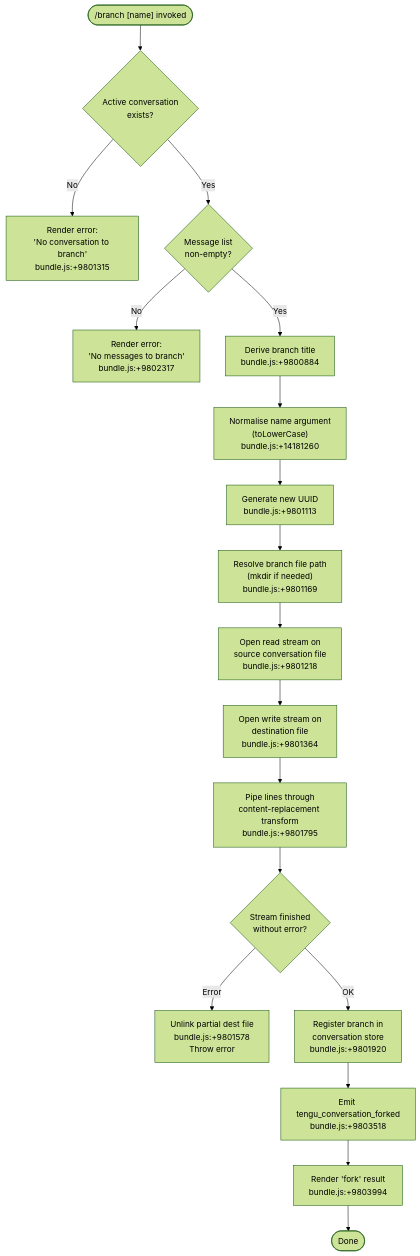
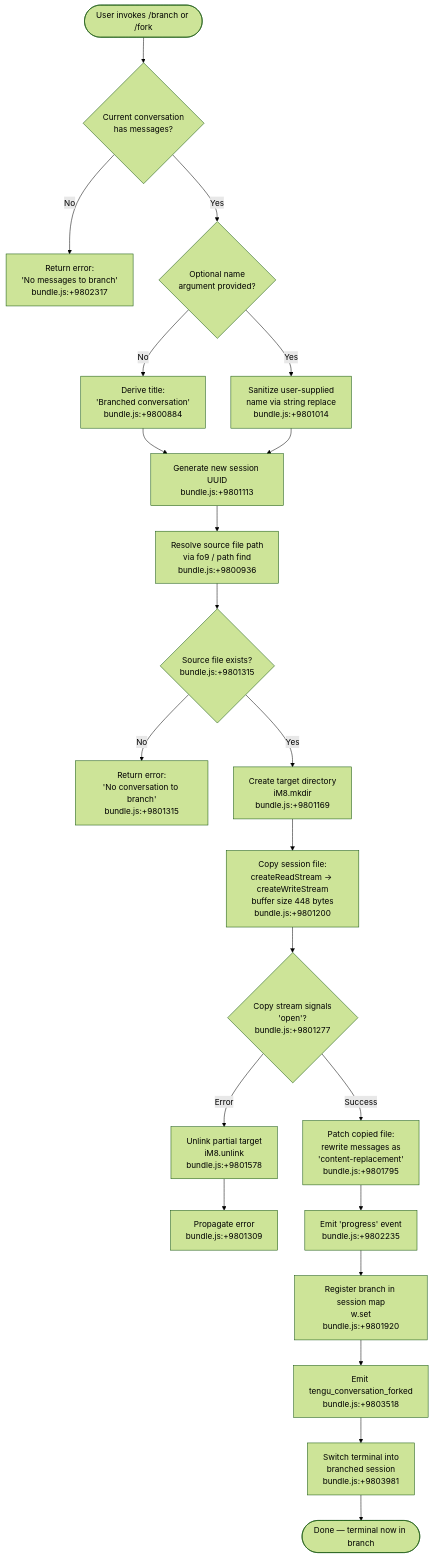
One commit to MyLittleLuckyDog/cc-gnothi changed the diagram in versions/v2.1.133/branch.md. Above: the diagram before and after it, drawn with Mermaid (forest theme). The commit also changed other lines of this file and 95 other files, not shown here.

````diff
--- a/versions/v2.1.133/branch.md
+++ b/versions/v2.1.133/branch.md
@@ -45,20 +56,24 @@
 ```mermaid
 flowchart TD
-    A(["/branch [name] invoked"]) --> B{Active conversation\nexists?}
-    B -- No --> C["Render error:\n'No conversation to branch'\nbundle.js:+9801315"]
-    B -- Yes --> D{Message list\nnon-empty?}
-    D -- No --> E["Render error:\n'No messages to branch'\nbundle.js:+9802317"]
-    D -- Yes --> F["Derive branch title\nbundle.js:+9800884"]
-    F --> G["Normalise name argument\n(toLowerCase)\nbundle.js:+14181260"]
-    G --> H["Generate new UUID\nbundle.js:+9801113"]
-    H --> I["Resolve branch file path\n(mkdir if needed)\nbundle.js:+9801169"]
-    I --> J["Open read stream on\nsource conversation file\nbundle.js:+9801218"]
-    J --> K["Open write stream on\ndestination file\nbundle.js:+9801364"]
-    K --> L["Pipe lines through\ncontent-replacement transform\nbundle.js:+9801795"]
-    L --> M{Stream finished\nwithout error?}
-    M -- Error --> N["Unlink partial dest file\nbundle.js:+9801578\nThrow error"]
-    M -- OK --> O["Register branch in\nconversation store\nbundle.js:+9801920"]
-    O --> P["Emit tengu_conversation_forked\nbundle.js:+9803518"]
-    P --> Q["Render 'fork' result\nbundle.js:+9803994"]
-    Q --> R([Done])
+    A([User invokes /branch or /fork]) --> B{Current conversation\nhas messages?}
+    B -- No --> C[Return error:\n'No messages to branch'\nbundle.js:+9802317]
+    B -- Yes --> D{Optional name\nargument provided?}
+    D -- No --> E[Derive title:\n'Branched conversation'\nbundle.js:+9800884]
+    D -- Yes --> F[Sanitize user-supplied\nname via string replace\nbundle.js:+9801014]
+    E --> G[Generate new session UUID\nbundle.js:+9801113]
+    F --> G
+    G --> H[Resolve source file path\nvia fo9 / path find\nbundle.js:+9800936]
+    H --> I{Source file exists?\nbundle.js:+9801315}
+    I -- No --> J[Return error:\n'No conversation to branch'\nbundle.js:+9801315]
+    I -- Yes --> K[Create target directory\niM8.mkdir\nbundle.js:+9801169]
+    K --> L[Copy session file:\ncreateReadStream → createWriteStream\nbuffer size 448 bytes\nbundle.js:+9801200]
+    L --> M{Copy stream signals\n'open'?\nbundle.js:+9801277}
+    M -- Error --> N[Unlink partial target\niM8.unlink\nbundle.js:+9801578]
+    N --> O[Propagate error\nbundle.js:+9801309]
+    M -- Success --> P[Patch copied file:\nrewrite messages as\n'content-replacement'\nbundle.js:+9801795]
+    P --> Q[Emit 'progress' event\nbundle.js:+9802235]
+    Q --> R[Register branch in session map\nw.set\nbundle.js:+9801920]
+    R --> S[Emit tengu_conversation_forked\nbundle.js:+9803518]
+    S --> T[Switch terminal into\nbranched session\nbundle.js:+9803981]
+    T --> U([Done — terminal now in branch])
 ```
````
